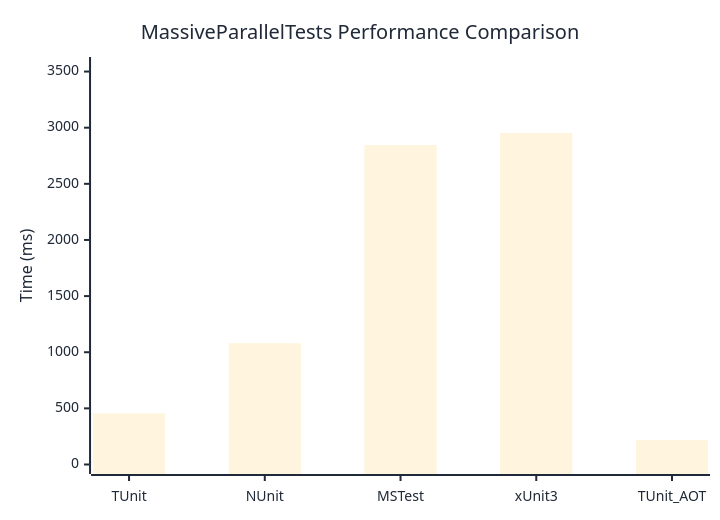
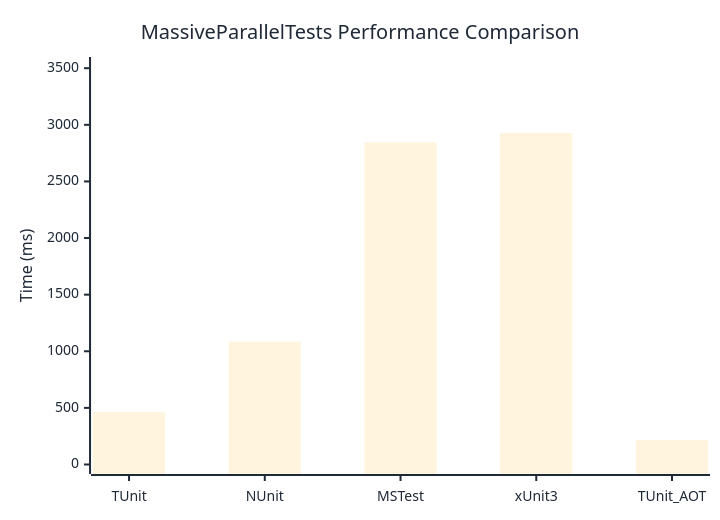
Before and after one commit to thomhurst/TUnit: the diagram in docs/docs/benchmarks/MassiveParallelTests.md, drawn with Mermaid. The commit also changed other lines of this file and 16 other files, not shown here.

````diff
--- a/docs/docs/benchmarks/MassiveParallelTests.md
+++ b/docs/docs/benchmarks/MassiveParallelTests.md
@@ -27,37 +27,37 @@
 ```mermaid
 %%{init: {
   'theme':'base',
   'themeVariables': {
     'primaryColor': '#2563eb',
     'primaryTextColor': '#1f2937',
     'primaryBorderColor': '#1e40af',
     'lineColor': '#6b7280',
     'secondaryColor': '#7c3aed',
     'tertiaryColor': '#dc2626',
     'background': '#ffffff',
     'mainBkg': '#2563eb',
     'secondBkg': '#7c3aed',
     'tertiaryBkg': '#dc2626',
     'clusterBkg': '#f3f4f6',
     'edgeLabelBackground': '#ffffff',
     'tertiaryTextColor': '#1f2937',
     'pie1': '#2563eb',
     'pie2': '#7c3aed',
     'pie3': '#dc2626',
     'pie4': '#f59e0b',
     'pie5': '#10b981',
     'pie6': '#06b6d4',
     'pie7': '#ec4899',
     'pie8': '#6366f1',
     'pie9': '#84cc16',
     'pie10': '#f97316',
     'pie11': '#14b8a6',
     'pie12': '#a855f7'
   }
 }}%%
 xychart-beta
   title "MassiveParallelTests Performance Comparison"
   x-axis ["TUnit", "NUnit", "MSTest", "xUnit3", "TUnit_AOT"]
-  y-axis "Time (ms)" 0 --> 3545
-  bar [456.4, 1080.4, 2845.3, 2953.9, 217.4]
+  y-axis "Time (ms)" 0 --> 3515
+  bar [463.7, 1084.9, 2844.8, 2929, 217.7]
 ```
````
